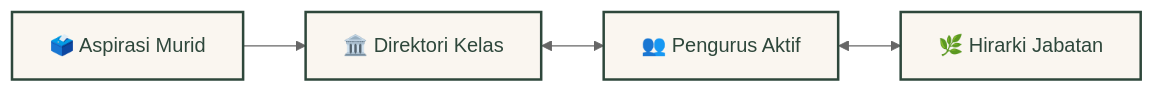
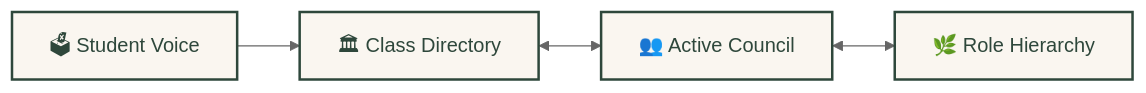
One commit to Riz6ix/MPK changed the first of 2 diagrams in README.md. Above: the diagram before and after it, drawn with Mermaid (neutral theme). The commit also changed other lines of this file and 1 other file, not shown here.

Commit message:
fix english labels and clean syntax in readme diagrams

````diff
--- a/README.md
+++ b/README.md
@@ -43,8 +46,8 @@
 ```mermaid
 flowchart LR
-    classDef default fill:#faf6f0,stroke:#2e473b,stroke-width:2px,color:#2e473b;
-    
-    Aspirasi[🗳️ Aspirasi Murid] --> Kelas[🏛️ Direktori Kelas]
-    Kelas <--> Pengurus[👥 Pengurus Aktif]
-    Pengurus <--> Jabatan[🌿 Hirarki Jabatan]
+    classDef default fill:#faf6f0,stroke:#2e473b,stroke-width:2px,color:#2e473b
+
+    A[🗳 Student Voice] --> B[🏛 Class Directory]
+    B <--> C[👥 Active Council]
+    C <--> D[🌿 Role Hierarchy]
 ```
````
